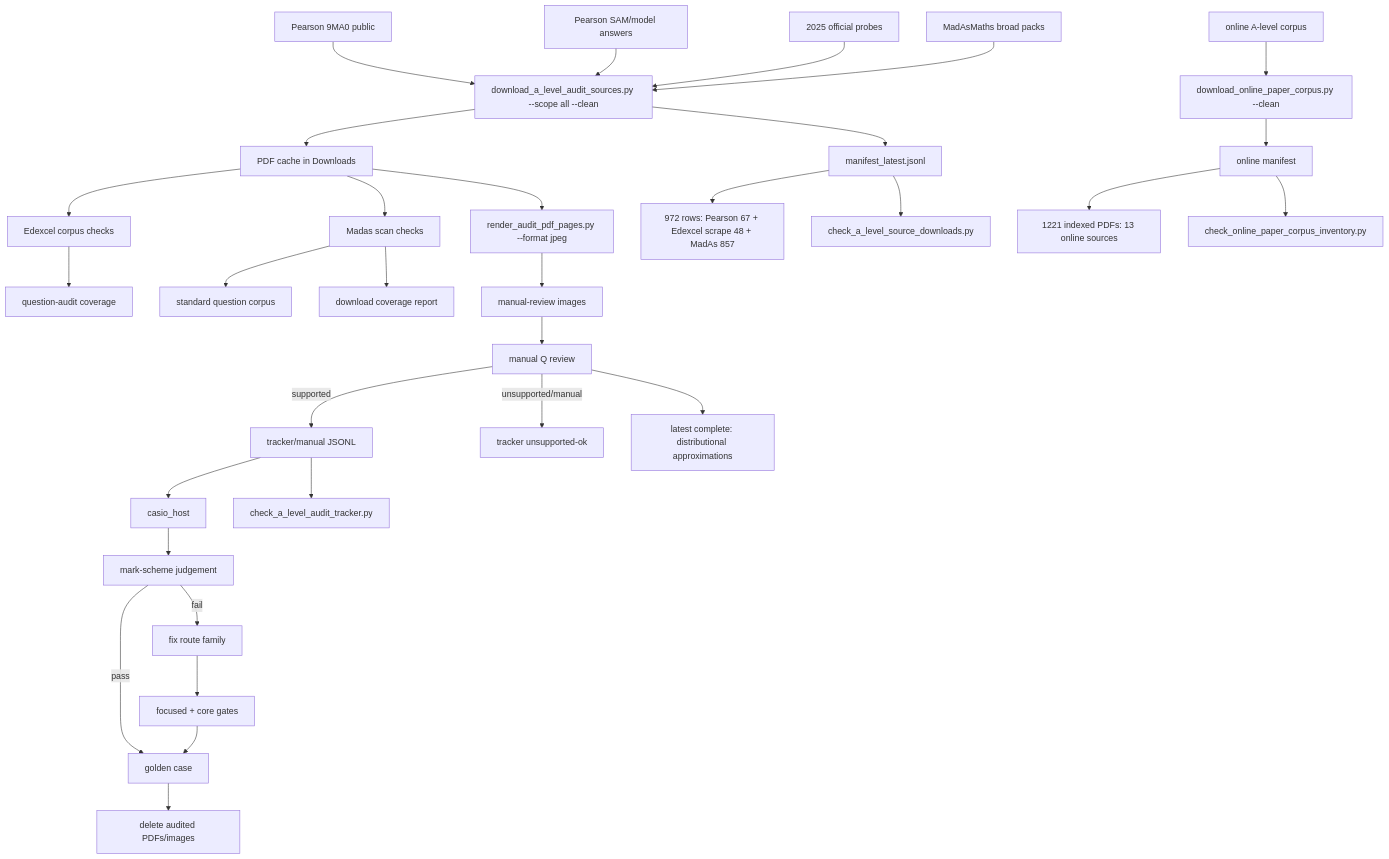
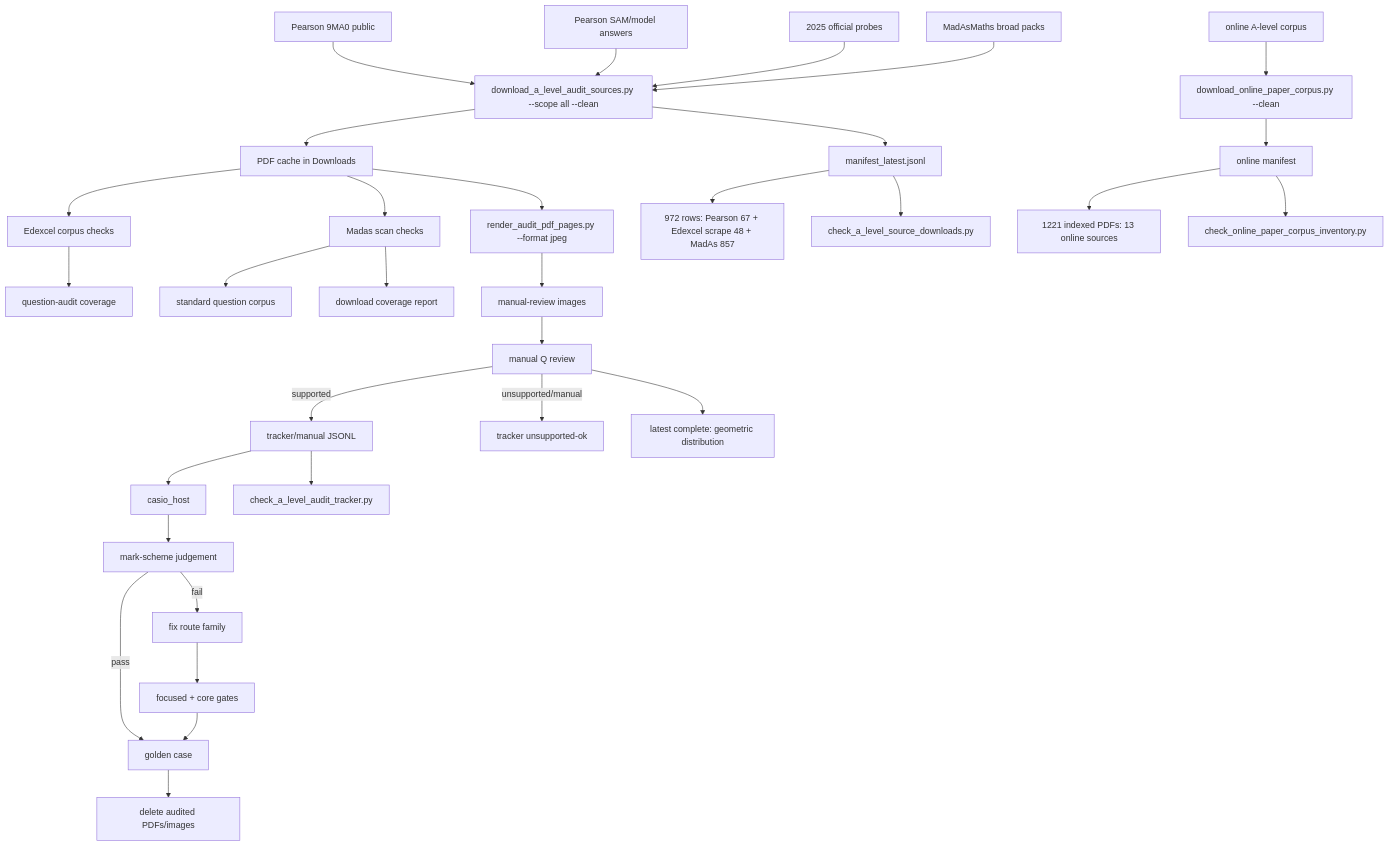
Before and after one commit to james8464/notes-addin-casio-fx-cg50: the diagram in c++/tools/golden/a_level_audit_graph.md, drawn with Mermaid. The commit also changed other lines of this file and 2 other files, not shown here.

Commit message:
Audit geometric distribution booklet

````diff
--- a/c++/tools/golden/a_level_audit_graph.md
+++ b/c++/tools/golden/a_level_audit_graph.md
@@ -3,34 +3,34 @@
 ```mermaid
 graph TD
   E1["Pearson 9MA0 public"] --> D["download_a_level_audit_sources.py --scope all --clean"]
   E2["Pearson SAM/model answers"] --> D
   E3["2025 official probes"] --> D
   M1["MadAsMaths broad packs"] --> D
   O1["online A-level corpus"] --> OD["download_online_paper_corpus.py --clean"]
   D --> P["PDF cache in Downloads"]
   D --> X["manifest_latest.jsonl"]
   OD --> OX["online manifest"]
   X --> XC["972 rows: Pearson 67 + Edexcel scrape 48 + MadAs 857"]
   OX --> OC["1221 indexed PDFs: 13 online sources"]
   X --> V["check_a_level_source_downloads.py"]
   OX --> OV["check_online_paper_corpus_inventory.py"]
   P --> E["Edexcel corpus checks"]
   E --> EQ["question-audit coverage"]
   P --> S["Madas scan checks"]
   S --> M["standard question corpus"]
   S --> MC["download coverage report"]
   P --> R["render_audit_pdf_pages.py --format jpeg"]
   R --> I["manual-review images"]
   I --> Q["manual Q review"]
   Q -->|supported| J["tracker/manual JSONL"]
   Q -->|unsupported/manual| U["tracker unsupported-ok"]
   J --> H["casio_host"]
   J --> K["check_a_level_audit_tracker.py"]
   H --> C["mark-scheme judgement"]
   C -->|pass| G["golden case"]
   C -->|fail| F["fix route family"]
   F --> T["focused + core gates"]
   T --> G
   G --> Z["delete audited PDFs/images"]
-  Q --> QDistApprox["latest complete: distributional approximations"]
+  Q --> QGeom["latest complete: geometric distribution"]
 ```
````
